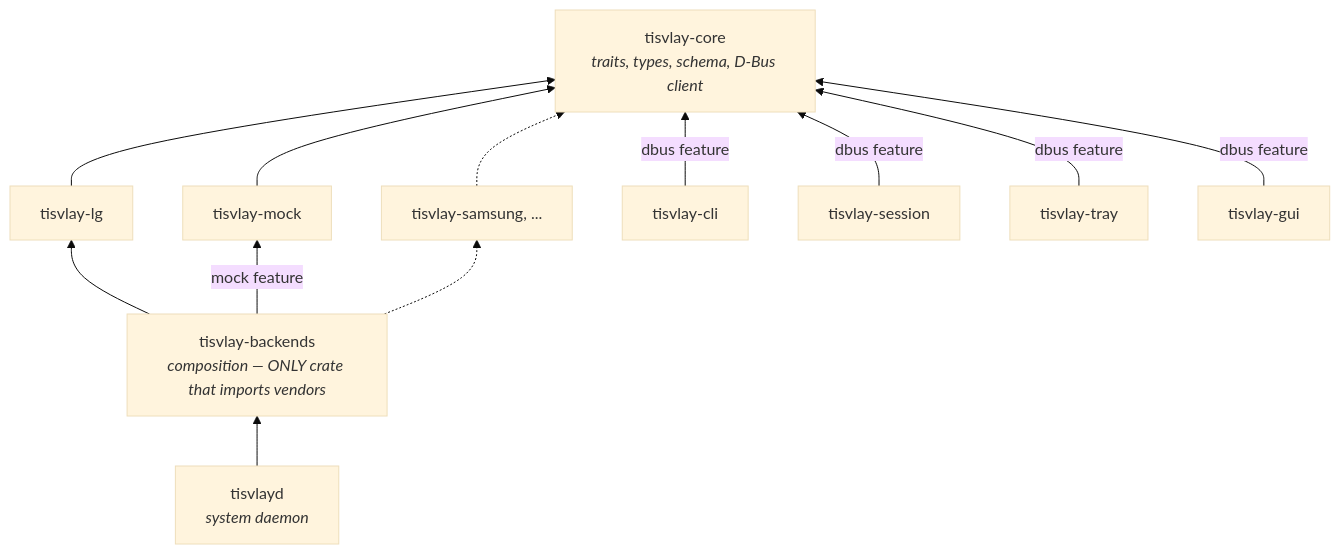
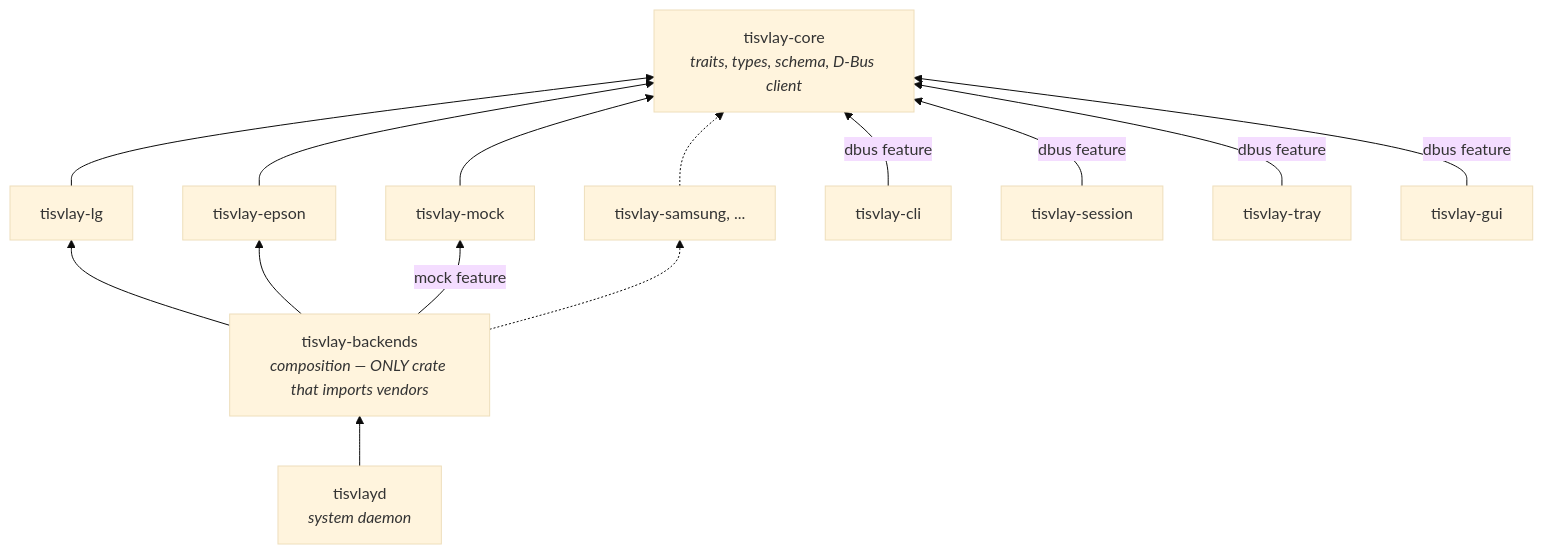
Before and after one commit to TisVlay/TisVlay: the second of 4 diagrams in docs/design.md, drawn with Mermaid (base theme). The commit also changed other lines of this file and 11 other files, not shown here.

````diff
--- a/docs/design.md
+++ b/docs/design.md
@@ -66,25 +67,28 @@
 ```mermaid
 graph BT
     core["tisvlay-core<br/><i>traits, types, schema, D-Bus client</i>"]
     lg["tisvlay-lg"]
+    epson["tisvlay-epson"]
     mock["tisvlay-mock"]
     samsung["tisvlay-samsung, ..."]
     backends["tisvlay-backends<br/><i>composition — ONLY crate that imports vendors</i>"]
     daemon["tisvlayd<br/><i>system daemon</i>"]
     cli["tisvlay-cli"]
     session["tisvlay-session"]
     tray["tisvlay-tray"]
     gui["tisvlay-gui"]
 
     lg --> core
+    epson --> core
     mock --> core
     samsung -.-> core
     backends --> lg
+    backends --> epson
     backends -->|"mock feature"| mock
     backends -.-> samsung
     daemon --> backends
     cli -->|"dbus feature"| core
     session -->|"dbus feature"| core
     tray -->|"dbus feature"| core
     gui -->|"dbus feature"| core
 ```
````
